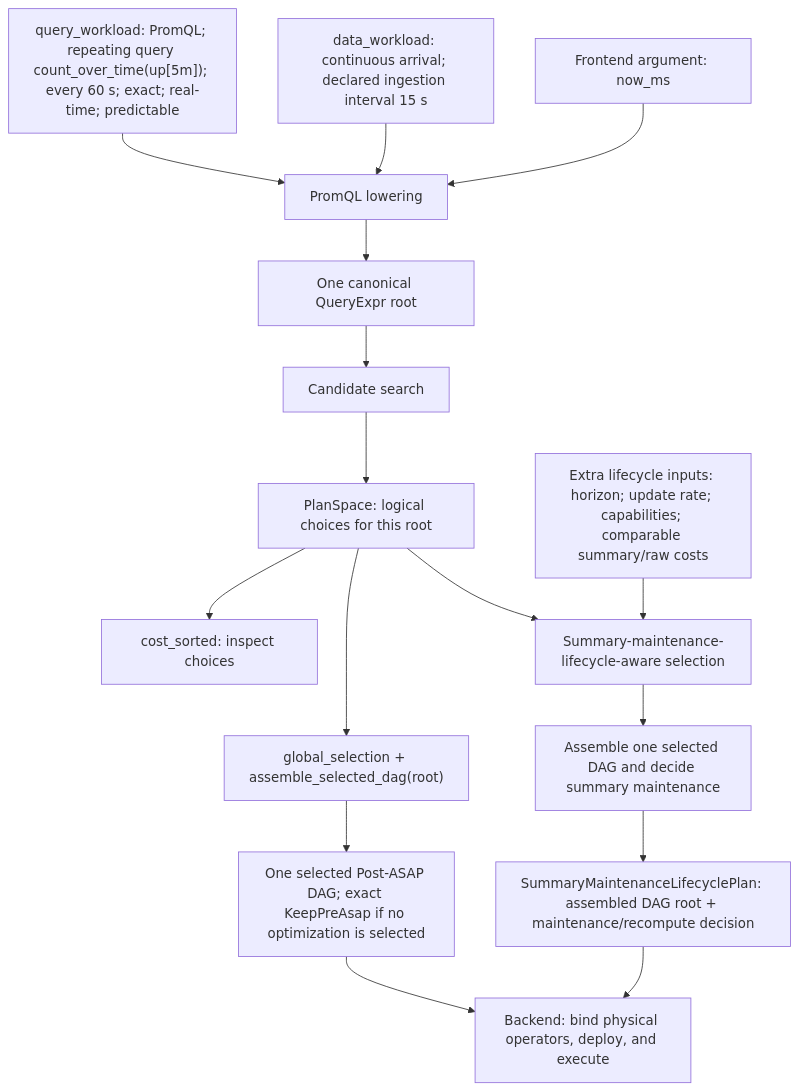
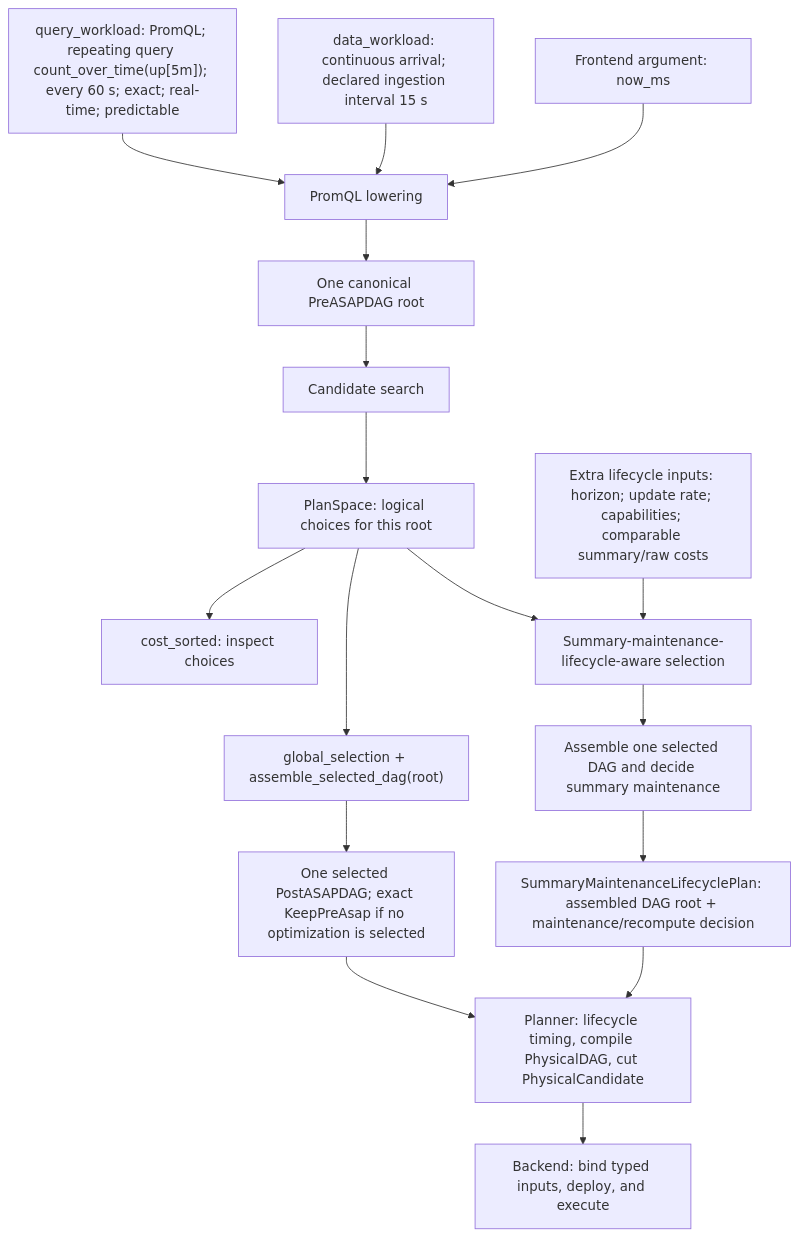
One commit to ProjectASAP/ASAPPlanner changed the first of 2 diagrams in docs/design_docs/architecture/input-output-workflow.md. Above: the diagram before and after it, drawn with Mermaid. The commit also changed other lines of this file and 2 other files, not shown here.

First line of the commit message:
docs: name Planner graph stages and clarify compilation layers

````diff
--- a/docs/design_docs/architecture/input-output-workflow.md
+++ b/docs/design_docs/architecture/input-output-workflow.md
@@ -66,26 +75,27 @@
 ```mermaid
 flowchart TD
     Q["query_workload: PromQL; repeating query count_over_time(up[5m]); every 60 s; exact; real-time; predictable"]
     D["data_workload: continuous arrival; declared ingestion interval 15 s"]
     T["Frontend argument: now_ms"]
     F["PromQL lowering"]
-    R["One canonical QueryExpr root"]
+    R["One canonical PreASAPDAG root"]
     S["Candidate search"]
     P["PlanSpace: logical choices for this root"]
     I["cost_sorted: inspect choices"]
     G["global_selection + assemble_selected_dag(root)"]
-    L["One selected Post-ASAP DAG; exact KeepPreAsap if no optimization is selected"]
+    L["One selected PostASAPDAG; exact KeepPreAsap if no optimization is selected"]
     X["Extra lifecycle inputs: horizon; update rate; capabilities; comparable summary/raw costs"]
     H["Summary-maintenance-lifecycle-aware selection"]
     HM["Assemble one selected DAG and decide summary maintenance"]
     O["SummaryMaintenanceLifecyclePlan: assembled DAG root + maintenance/recompute decision"]
-    B["Backend: bind physical operators, deploy, and execute"]
+    PC["Planner: lifecycle timing, compile PhysicalDAG, cut PhysicalCandidate"]
+    B["Backend: bind typed inputs, deploy, and execute"]
     Q --> F
     D --> F
     T --> F
     F --> R --> S --> P
     P --> I
-    P --> G --> L --> B
+    P --> G --> L --> PC --> B
     P --> H
-    X --> H --> HM --> O --> B
+    X --> H --> HM --> O --> PC
 ```
````
